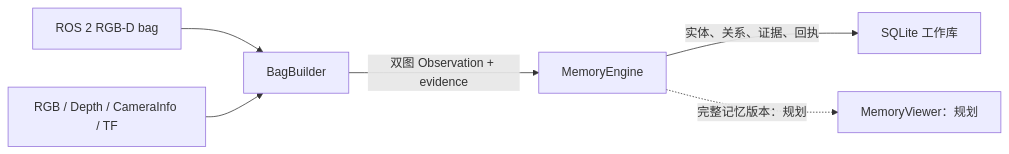
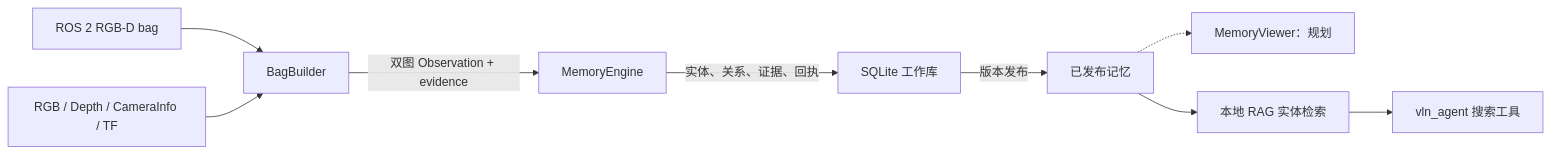
The diagram in docx/README.md (Anoool/vln_memory), drawn with Mermaid before and after one commit. The commit also changed other lines of this file and 10 other files, not shown here.

```diff
--- a/docx/README.md
+++ b/docx/README.md
@@ -3,8 +3,11 @@
 ~~~mermaid
 flowchart LR
   A["ROS 2 RGB-D bag"] --> B["BagBuilder"]
   S["RGB / Depth / CameraInfo / TF"] --> B
   B -->|"双图 Observation + evidence"| E["MemoryEngine"]
   E -->|"实体、关系、证据、回执"| W["SQLite 工作库"]
-  E -.->|"完整记忆版本：规划"| V["MemoryViewer：规划"]
+  W -->|"版本发布"| R["已发布记忆"]
+  R -.-> V["MemoryViewer：规划"]
+  R --> Q["本地 RAG 实体检索"]
+  Q --> A2["vln_agent 搜索工具"]
 ~~~
```
